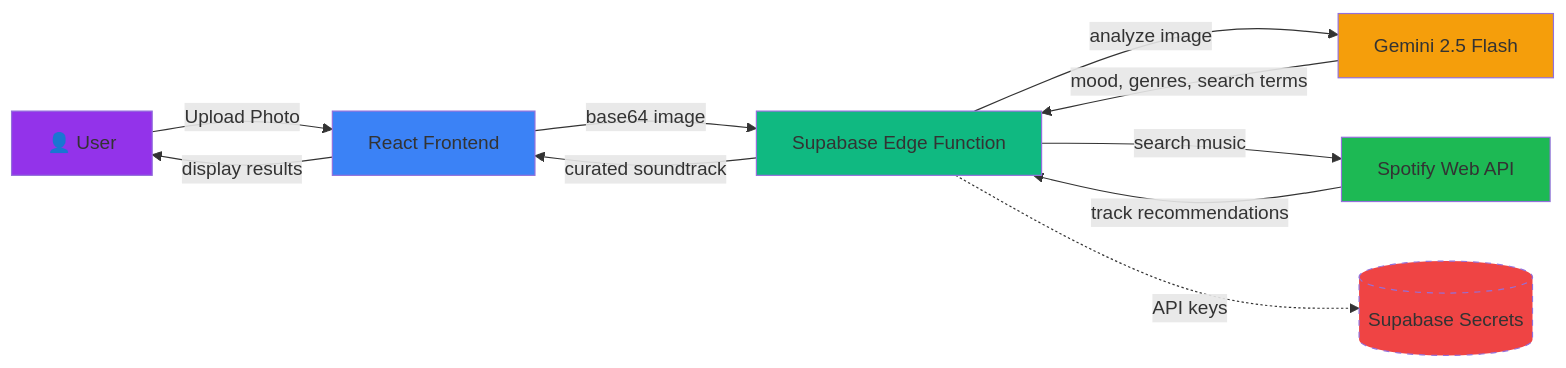
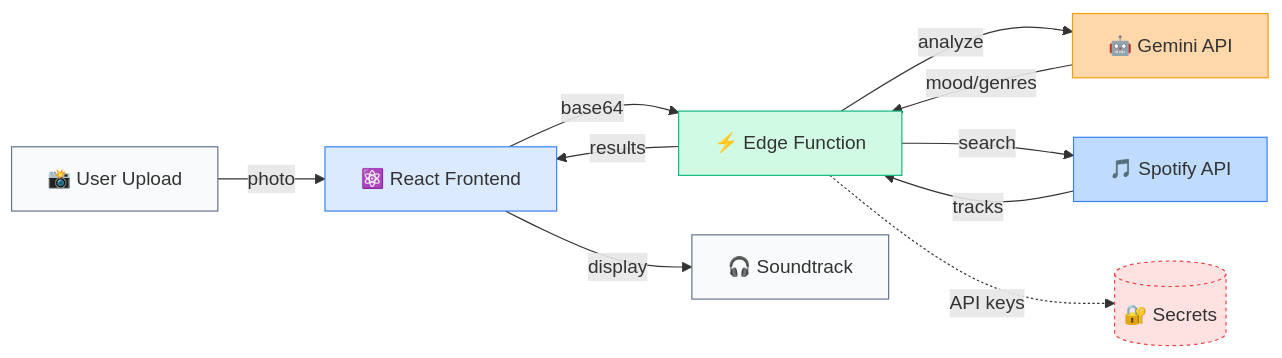
The diagram in README.md (Tylarcam/tunestory), drawn with Mermaid before and after one commit.

Commit message:
docs: Fix system architecture diagram flow and labels
- Clarify data flow with descriptive labels
- Fix bidirectional flow between Edge Function and APIs
- Improve readability with clearer node descriptions
- Ensure proper Mermaid syntax for GitHub rendering

````diff
--- a/README.md
+++ b/README.md
@@ -50,23 +50,21 @@
 ```mermaid
 flowchart LR
-    User[👤 User] -->|Upload Photo| Frontend[React Frontend]
-    Frontend -->|base64 image| EdgeFunc[Supabase Edge Function]
-  
-    EdgeFunc -->|analyze image| Gemini[Gemini 2.5 Flash]
-    Gemini -->|mood, genres, search terms| EdgeFunc
-  
-    EdgeFunc -->|search music| Spotify[Spotify Web API]
-    Spotify -->|track recommendations| EdgeFunc
-  
-    EdgeFunc -->|curated soundtrack| Frontend
-    Frontend -->|display results| User
-  
-    EdgeFunc -.->|API keys| Secrets[(Supabase Secrets)]
-  
-    style User fill:#9333ea
-    style Frontend fill:#3b82f6
-    style EdgeFunc fill:#10b981
-    style Gemini fill:#f59e0b
-    style Spotify fill:#1db954
-    style Secrets fill:#ef4444,stroke-dasharray: 5 5
+    A[📸 User Upload] -->|photo| B[⚛️ React Frontend]
+    B -->|base64| C[⚡ Edge Function]
+    C -->|analyze| D[🤖 Gemini API]
+    D -->|mood/genres| C
+    C -->|search| E[🎵 Spotify API]
+    E -->|tracks| C
+    C -->|results| B
+    B -->|display| F[🎧 Soundtrack]
+    
+    C -.->|API keys| G[(🔐 Secrets)]
+    
+    style A fill:#f8fafc,stroke:#64748b
+    style B fill:#dbeafe,stroke:#3b82f6
+    style C fill:#d1fae5,stroke:#10b981
+    style D fill:#fed7aa,stroke:#f59e0b
+    style E fill:#bfdbfe,stroke:#3b82f6
+    style F fill:#f8fafc,stroke:#64748b
+    style G fill:#fee2e2,stroke:#ef4444,stroke-dasharray: 3 3
 ```
````
